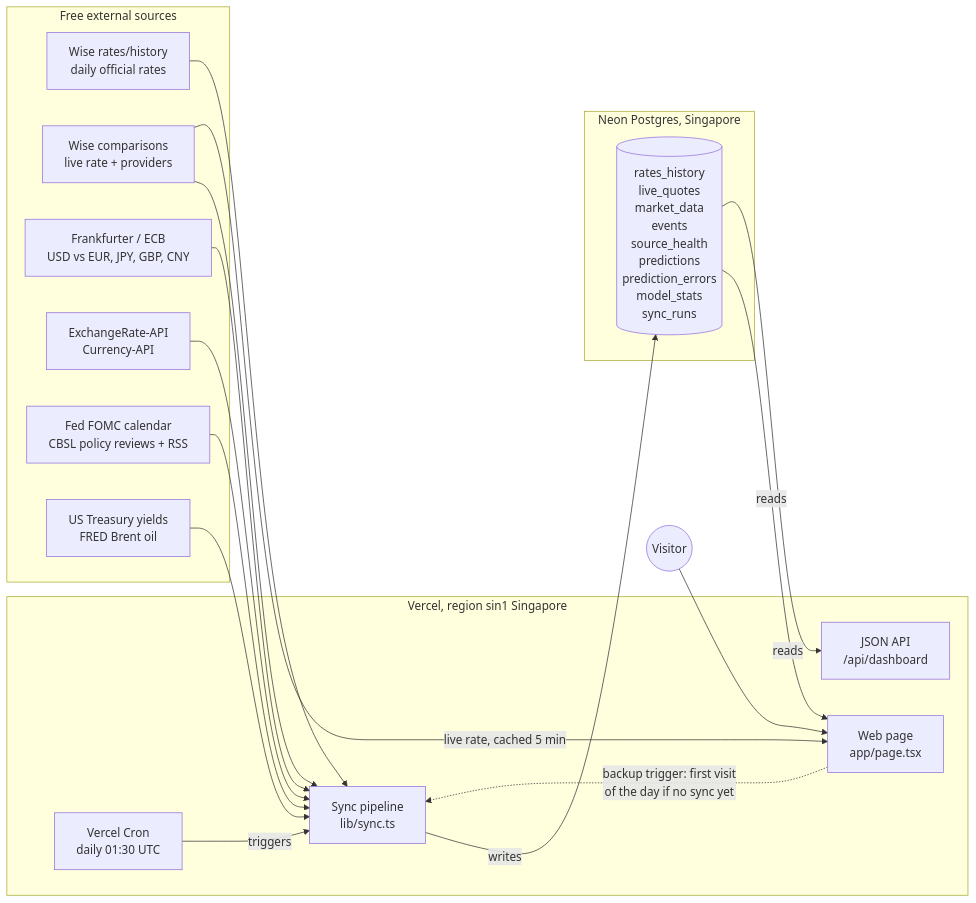
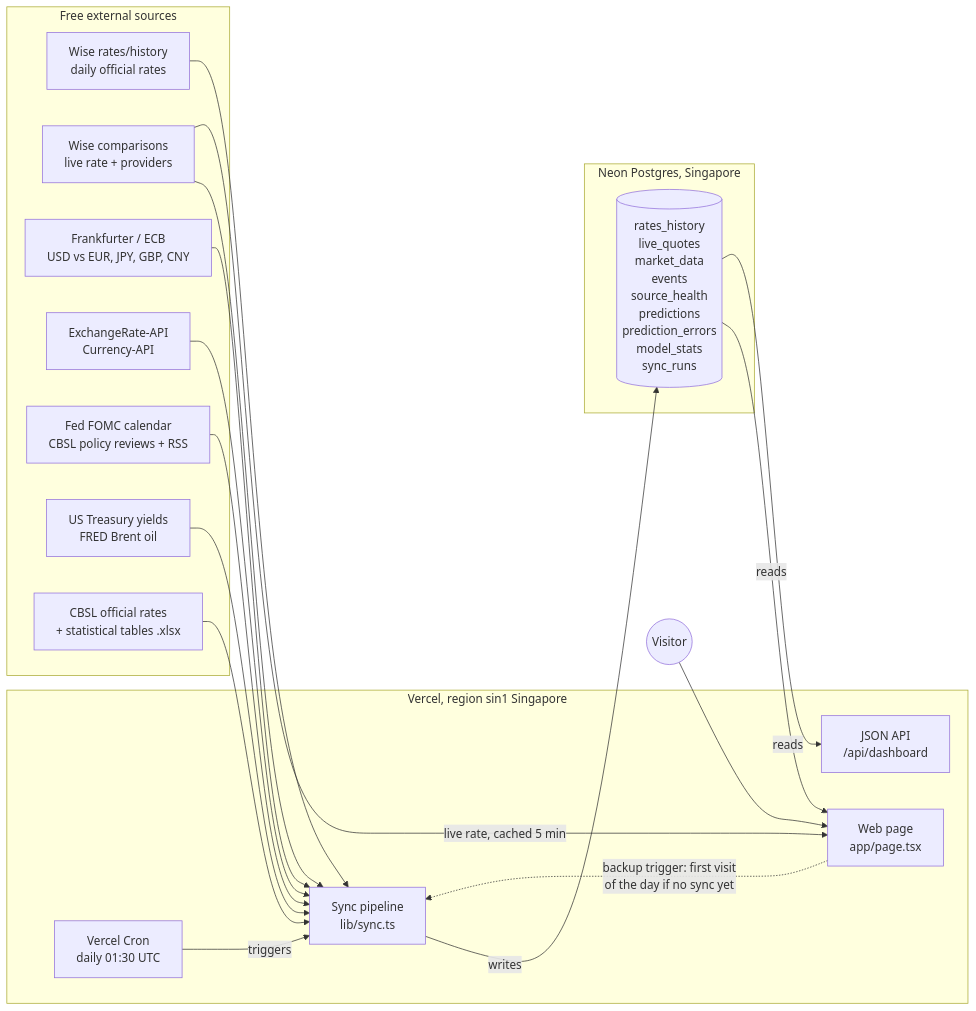
Before and after one commit to osandadeshan/ratecast: the first of 7 diagrams in README.md, drawn with Mermaid. The commit also changed other lines of this file and 11 other files, not shown here.

````diff
--- a/README.md
+++ b/README.md
@@ -58,36 +58,38 @@
 ```mermaid
 flowchart LR
     subgraph Sources["Free external sources"]
         W1["Wise rates/history<br/>daily official rates"]
         W2["Wise comparisons<br/>live rate + providers"]
         F["Frankfurter / ECB<br/>USD vs EUR, JPY, GBP, CNY"]
         X["ExchangeRate-API<br/>Currency-API"]
         EV["Fed FOMC calendar<br/>CBSL policy reviews + RSS"]
         MF["US Treasury yields<br/>FRED Brent oil"]
+        LK["CBSL official rates<br/>+ statistical tables .xlsx"]
     end
 
     subgraph Vercel["Vercel, region sin1 Singapore"]
         C["Vercel Cron<br/>daily 01:30 UTC"]
         S["Sync pipeline<br/>lib/sync.ts"]
         P["Web page<br/>app/page.tsx"]
         A["JSON API<br/>/api/dashboard"]
     end
 
     subgraph Neon["Neon Postgres, Singapore"]
         DB[("rates_history<br/>live_quotes<br/>market_data<br/>events<br/>source_health<br/>predictions<br/>prediction_errors<br/>model_stats<br/>sync_runs")]
     end
 
     C -->|triggers| S
     P -.->|"backup trigger: first visit<br/>of the day if no sync yet"| S
     W1 --> S
     W2 --> S
     F --> S
     X --> S
     EV --> S
     MF --> S
+    LK --> S
     S -->|writes| DB
     DB -->|reads| P
     DB -->|reads| A
     W2 -->|"live rate, cached 5 min"| P
     U(("Visitor")) --> P
 ```
````
